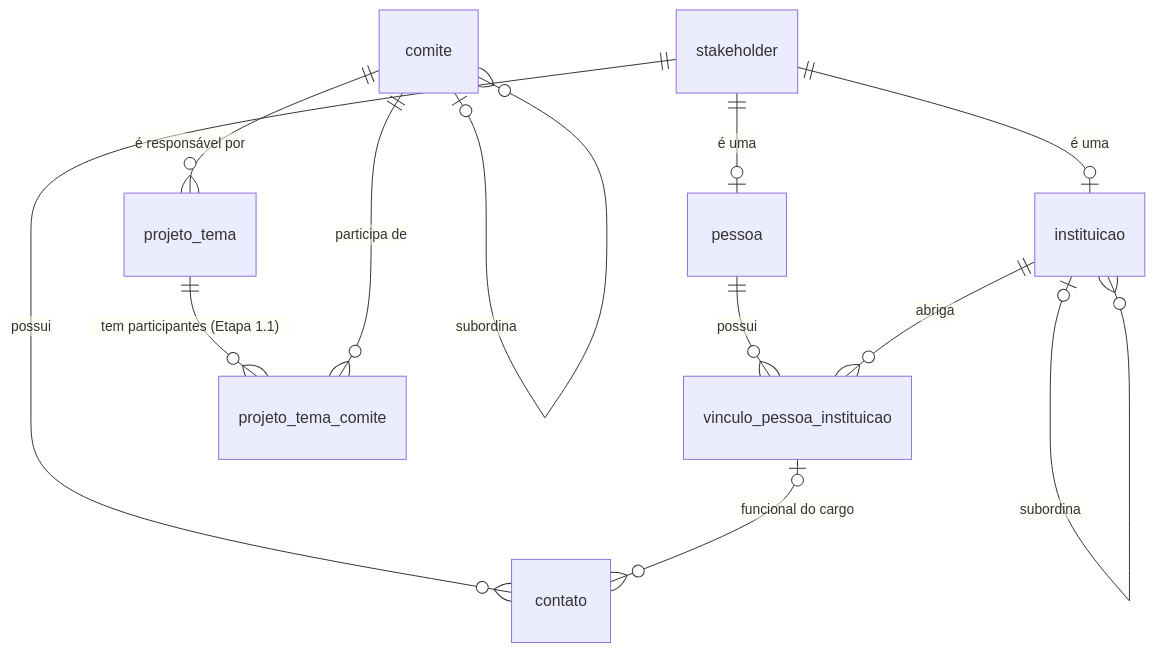
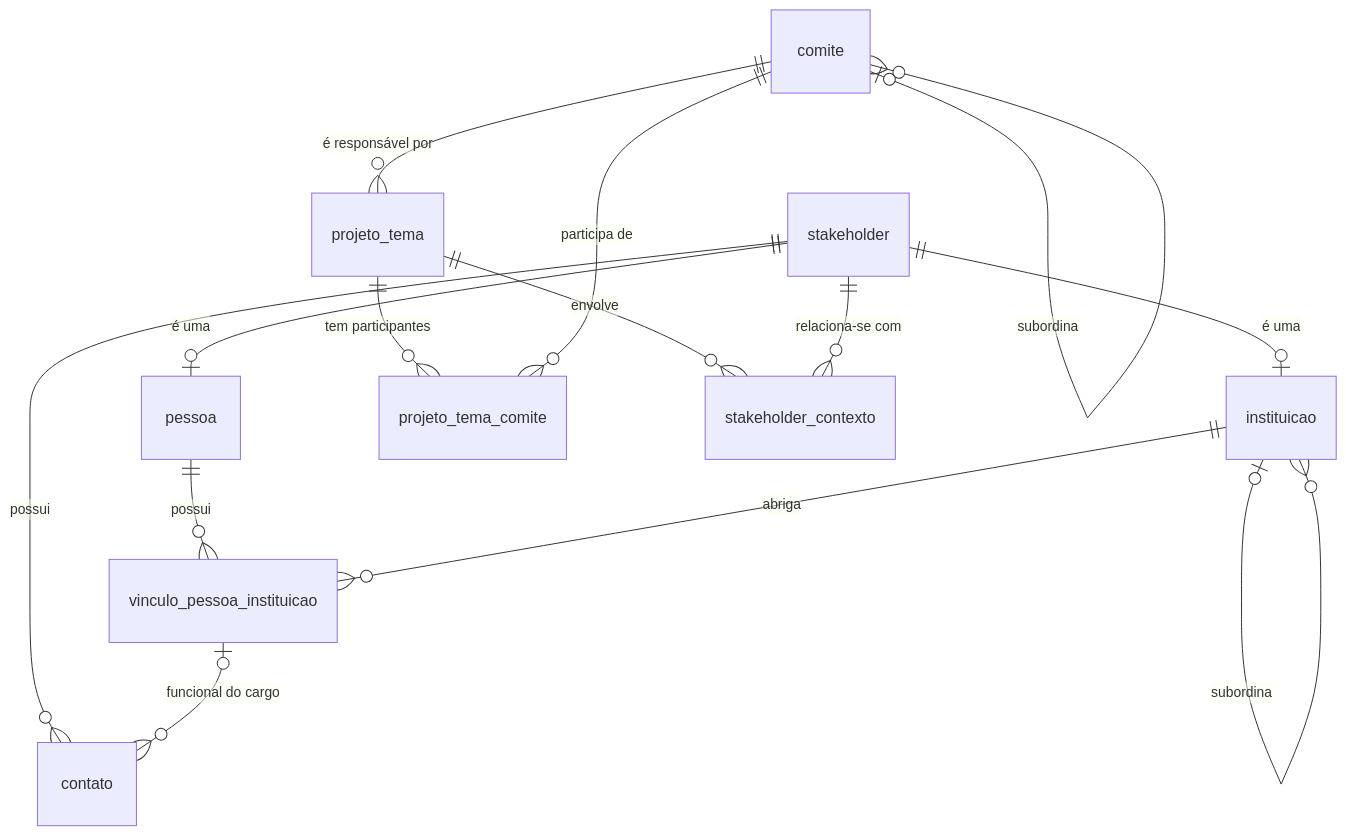
The first of 5 diagrams in docs/MODELO_DADOS.md (leorock7-sketch/crm-estrategico-es-em-acao), drawn with Mermaid before and after one commit. The commit also changed other lines of this file and 44 other files, not shown here.

````diff
--- a/docs/MODELO_DADOS.md
+++ b/docs/MODELO_DADOS.md
@@ -55,14 +56,16 @@
 ```mermaid
 erDiagram
     comite |o--o{ comite : "subordina"
     comite ||--o{ projeto_tema : "é responsável por"
     stakeholder ||--o| pessoa : "é uma"
     stakeholder ||--o| instituicao : "é uma"
     pessoa ||--o{ vinculo_pessoa_instituicao : "possui"
     instituicao ||--o{ vinculo_pessoa_instituicao : "abriga"
     instituicao |o--o{ instituicao : "subordina"
     stakeholder ||--o{ contato : "possui"
     vinculo_pessoa_instituicao |o--o{ contato : "funcional do cargo"
-    projeto_tema ||--o{ projeto_tema_comite : "tem participantes (Etapa 1.1)"
+    projeto_tema ||--o{ projeto_tema_comite : "tem participantes"
     comite ||--o{ projeto_tema_comite : "participa de"
+    projeto_tema ||--o{ stakeholder_contexto : "envolve"
+    stakeholder ||--o{ stakeholder_contexto : "relaciona-se com"
 ```
````
